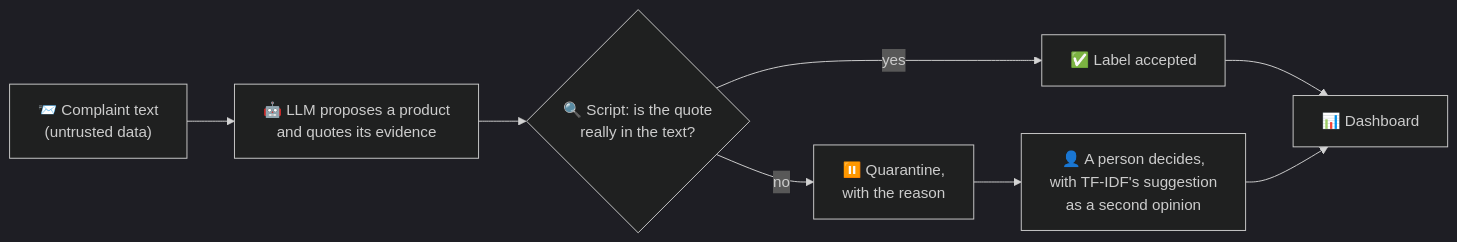
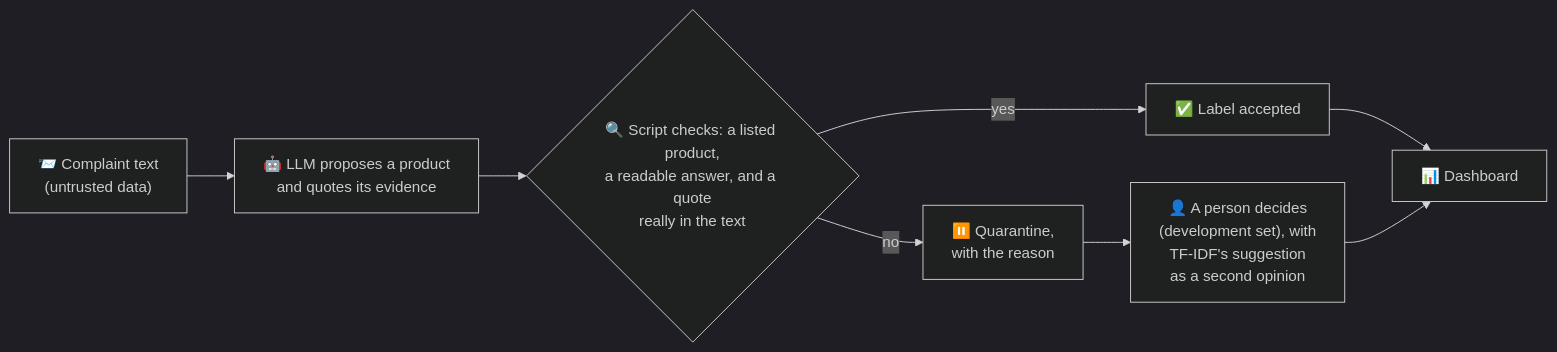
Before and after one commit to MannyAdc/voc-demo: the first of 2 diagrams in README.md, drawn with Mermaid (dark theme). The commit also changed other lines of this file and 7 other files, not shown here.

````diff
--- a/README.md
+++ b/README.md
@@ -19,10 +19,10 @@
 ```mermaid
 flowchart LR
     A["📨 Complaint text<br/>(untrusted data)"] --> B["🤖 LLM proposes a product<br/>and quotes its evidence"]
-    B --> C{"🔍 Script: is the quote<br/>really in the text?"}
+    B --> C{"🔍 Script checks: a listed product,<br/>a readable answer, and a quote<br/>really in the text"}
     C -- yes --> D["✅ Label accepted"]
     C -- no --> E["⏸️ Quarantine,<br/>with the reason"]
-    E --> F["👤 A person decides,<br/>with TF-IDF's suggestion<br/>as a second opinion"]
+    E --> F["👤 A person decides<br/>(development set), with<br/>TF-IDF's suggestion<br/>as a second opinion"]
     D --> G["📊 Dashboard"]
     F --> G
 ```
````
